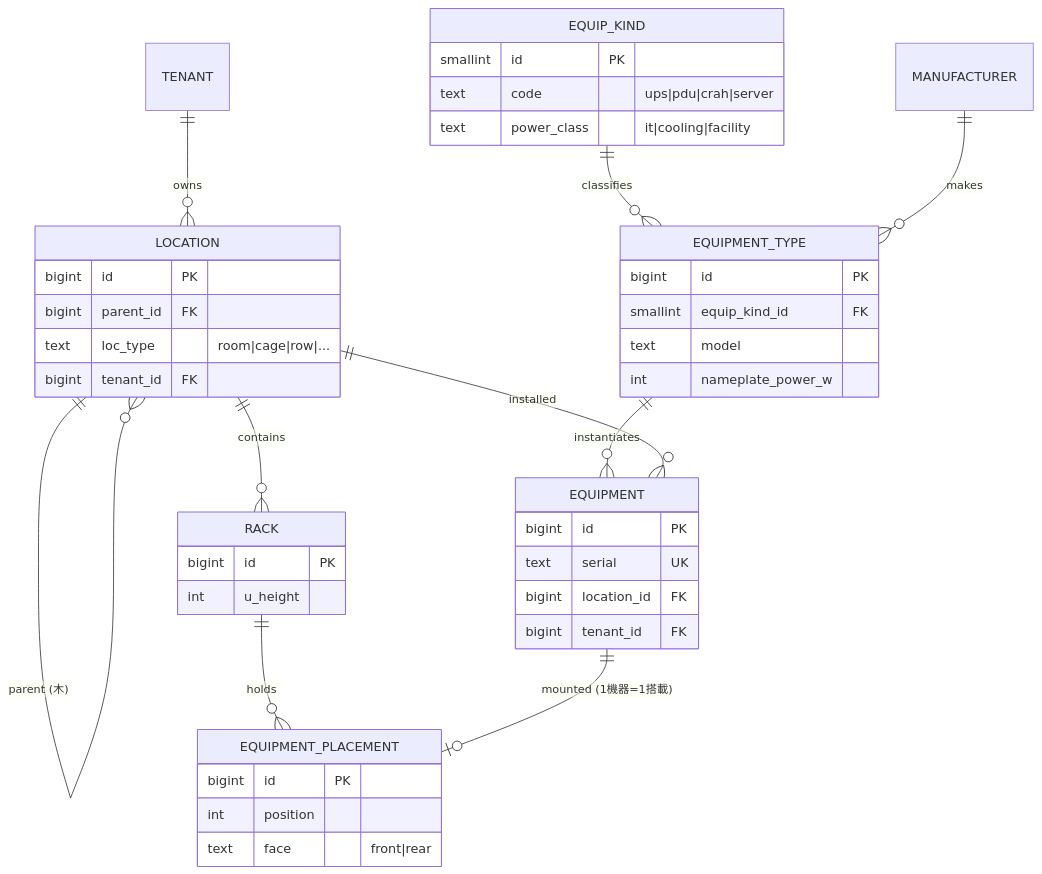
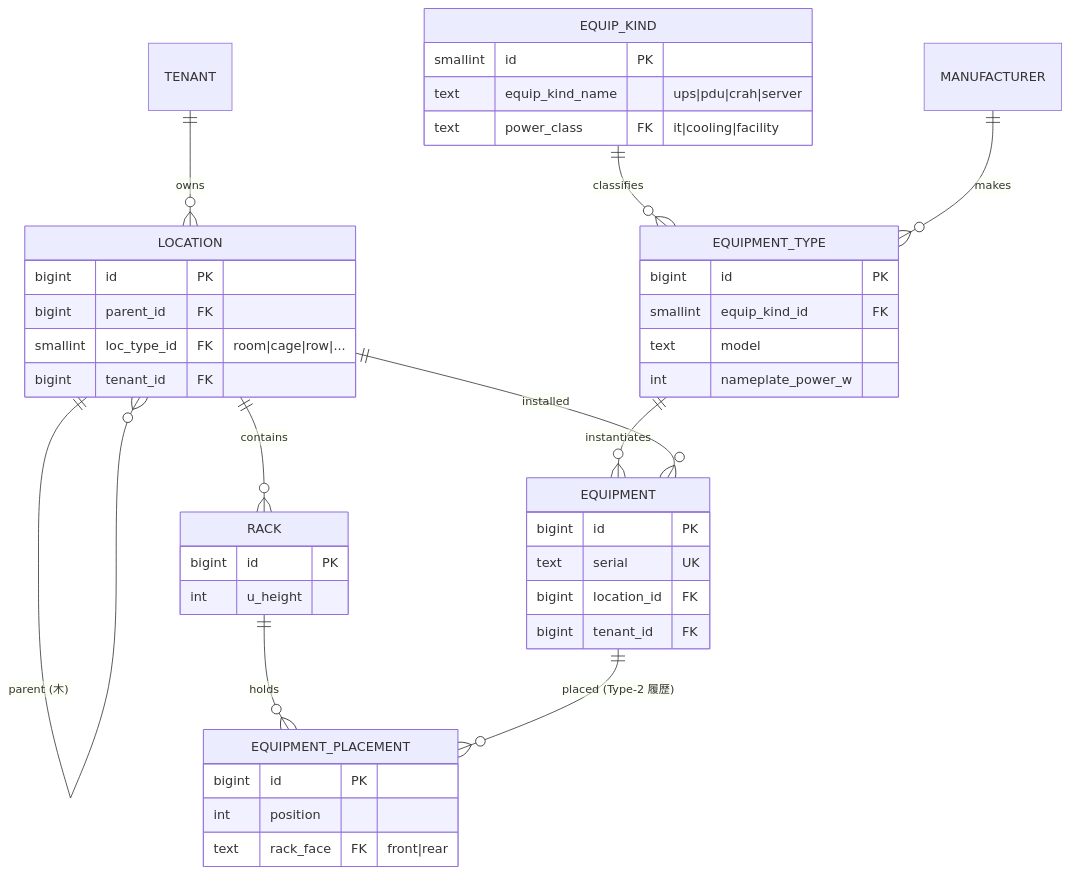
One commit to hn-11/dcim-schema-design changed the second of 6 diagrams in 00-overview.md. Above: the diagram before and after it, drawn with Mermaid. The commit also changed other lines of this file and 8 other files, not shown here.

First line of the commit message:
refactor(schema): 論理グルーピング追加 + 型制約全面改訂 + 構造リファクタ

````diff
--- a/00-overview.md
+++ b/00-overview.md
@@ -87,45 +87,45 @@
 ```mermaid
 erDiagram
     TENANT ||--o{ LOCATION : owns
     LOCATION ||--o{ LOCATION : "parent (木)"
     LOCATION ||--o{ RACK : contains
     RACK ||--o{ EQUIPMENT_PLACEMENT : holds
-    EQUIPMENT ||--o| EQUIPMENT_PLACEMENT : "mounted (1機器=1搭載)"
+    EQUIPMENT ||--o{ EQUIPMENT_PLACEMENT : "placed (Type-2 履歴)"
     EQUIP_KIND ||--o{ EQUIPMENT_TYPE : classifies
     MANUFACTURER ||--o{ EQUIPMENT_TYPE : makes
     EQUIPMENT_TYPE ||--o{ EQUIPMENT : instantiates
     LOCATION ||--o{ EQUIPMENT : "installed"
 
     LOCATION {
         bigint id PK
         bigint parent_id FK
-        text loc_type "room|cage|row|..."
+        smallint loc_type_id FK "room|cage|row|..."
         bigint tenant_id FK
     }
     RACK {
         bigint id PK
         int u_height
     }
     EQUIPMENT_PLACEMENT {
         bigint id PK
         int position
-        text face "front|rear"
+        text rack_face FK "front|rear"
     }
     EQUIP_KIND {
         smallint id PK
-        text code "ups|pdu|crah|server"
-        text power_class "it|cooling|facility"
+        text equip_kind_name "ups|pdu|crah|server"
+        text power_class FK "it|cooling|facility"
     }
     EQUIPMENT_TYPE {
         bigint id PK
         smallint equip_kind_id FK
         text model
         int nameplate_power_w
     }
     EQUIPMENT {
         bigint id PK
         text serial UK
         bigint location_id FK
         bigint tenant_id FK
     }
 ```
````
